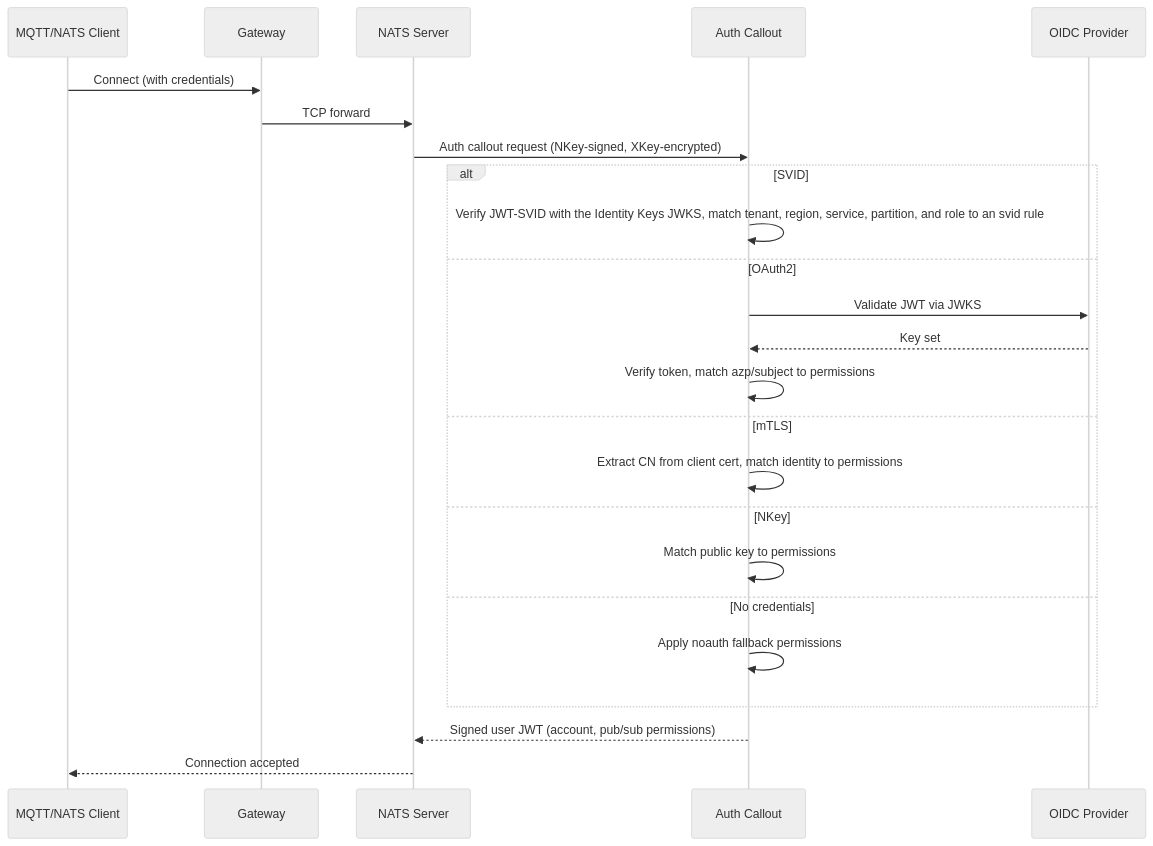
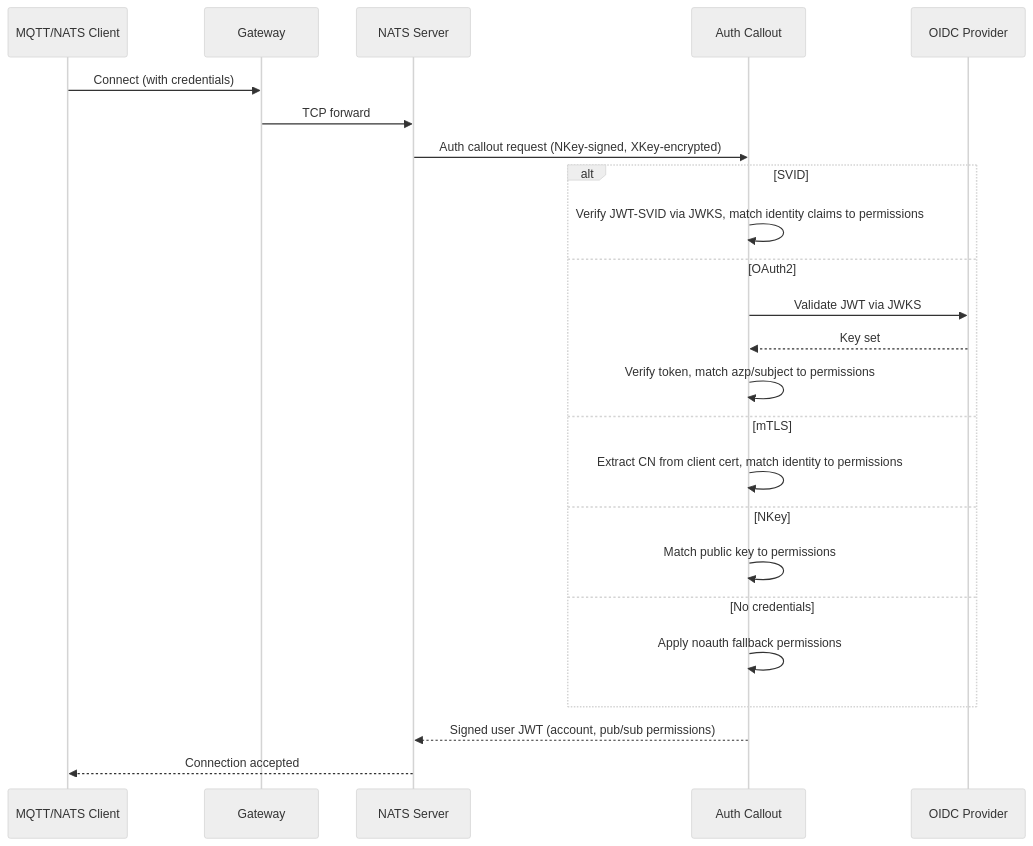
Before and after one commit to dsx-ai-factory/dsx-exchange: the diagram in docs/authentication.md, drawn with Mermaid (neutral theme). The commit also changed other lines of this file and 9 other files, not shown here.

````diff
--- a/docs/authentication.md
+++ b/docs/authentication.md
@@ -9,27 +9,27 @@
 ```mermaid
 sequenceDiagram
     participant C as MQTT/NATS Client
     participant GW as Gateway
     participant N as NATS Server
     participant A as Auth Callout
     participant K as OIDC Provider
 
     C->>GW: Connect (with credentials)
     GW->>N: TCP forward
     N->>A: Auth callout request (NKey-signed, XKey-encrypted)
     alt SVID
-        A->>A: Verify JWT-SVID with the Identity Keys JWKS, match tenant, region, service, partition, and role to an svid rule
+        A->>A: Verify JWT-SVID via JWKS, match identity claims to permissions
     else OAuth2
         A->>K: Validate JWT via JWKS
         K-->>A: Key set
         A->>A: Verify token, match azp/subject to permissions
     else mTLS
         A->>A: Extract CN from client cert, match identity to permissions
     else NKey
         A->>A: Match public key to permissions
     else No credentials
         A->>A: Apply noauth fallback permissions
     end
     A-->>N: Signed user JWT (account, pub/sub permissions)
     N-->>C: Connection accepted
 ```
````
